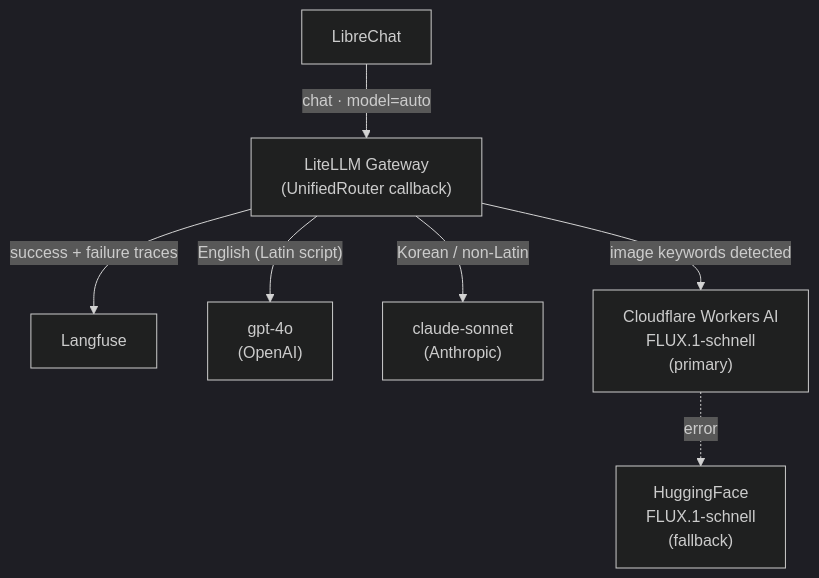
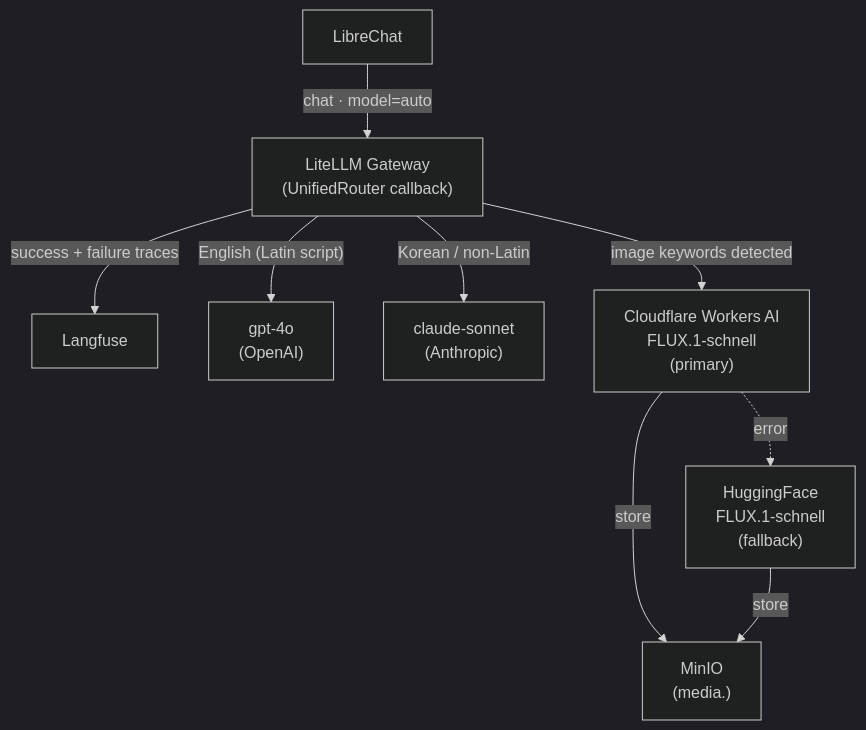
Before and after one commit to litkhai/llmops-in-a-box: the second of 3 diagrams in docs/configuration.md, drawn with Mermaid (dark theme). The commit also changed other lines of this file and 8 other files, not shown here.

````diff
--- a/docs/configuration.md
+++ b/docs/configuration.md
@@ -217,19 +217,22 @@
 ```mermaid
 flowchart TD
     LC["LibreChat"]
     G["LiteLLM Gateway\n(UnifiedRouter callback)"]
     LF["Langfuse"]
     GPT["gpt-4o\n(OpenAI)"]
     CS["claude-sonnet\n(Anthropic)"]
     CF["Cloudflare Workers AI\nFLUX.1-schnell\n(primary)"]
     HF["HuggingFace\nFLUX.1-schnell\n(fallback)"]
+    MN["MinIO\n(media.<domain>)"]
 
     LC -- "chat · model=auto" --> G
 
     G -- "image keywords detected" --> CF
     CF -. "error" .-> HF
+    CF -- "store" --> MN
+    HF -- "store" --> MN
     G -- "English (Latin script)" --> GPT
     G -- "Korean / non-Latin" --> CS
 
     G -- "success + failure traces" --> LF
 ```
````
